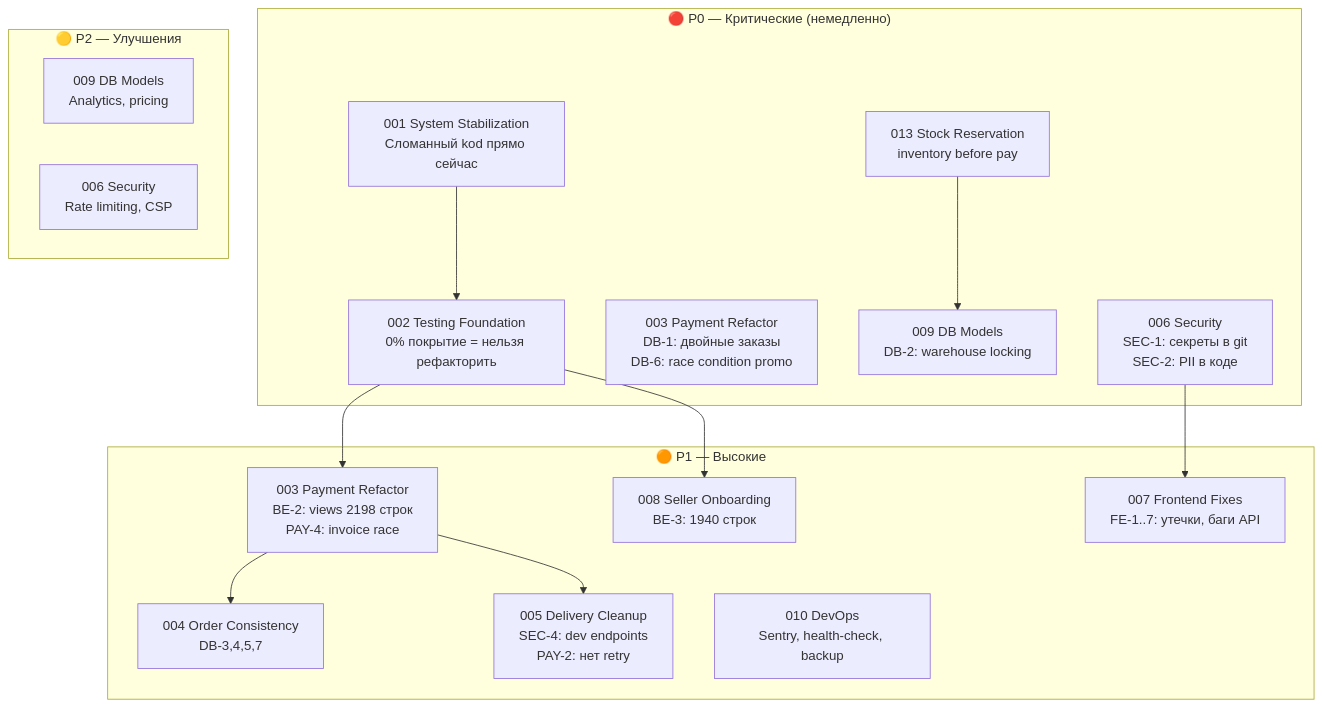
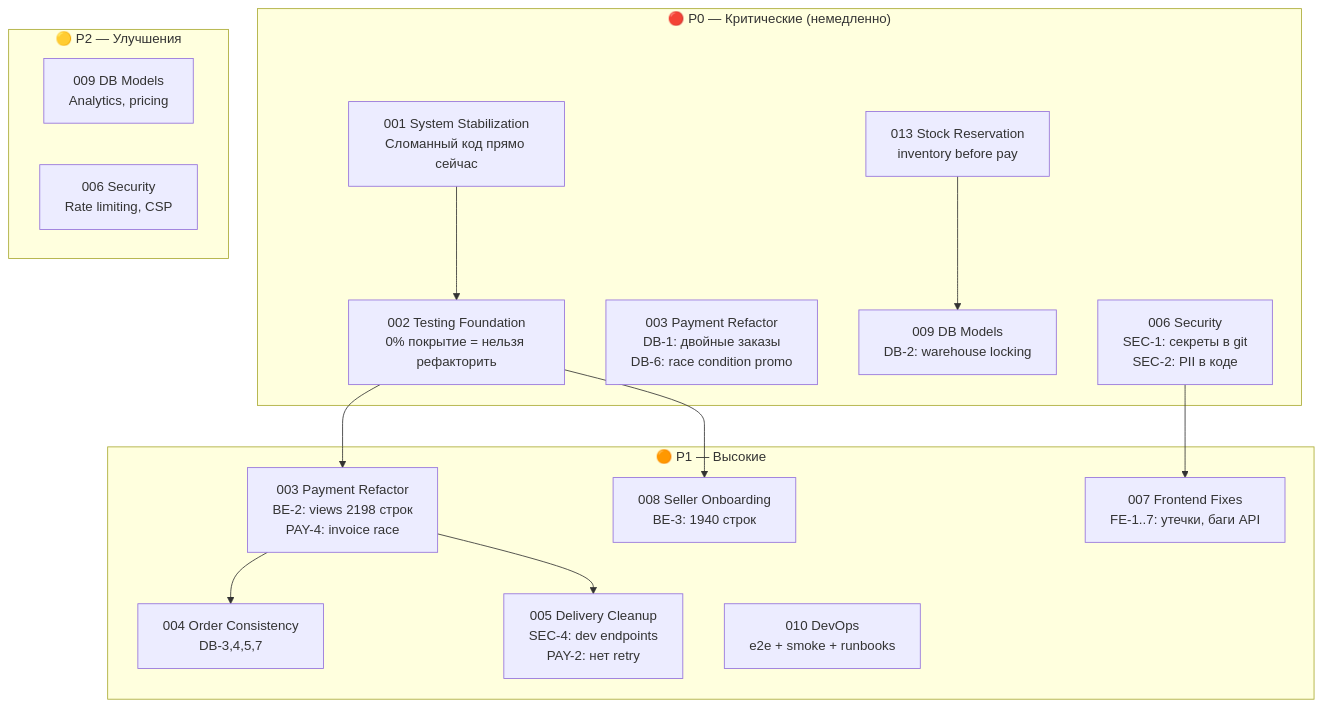
Before and after one commit to pavelchamgl/reli.one: the first of 2 diagrams in docs/tasks/README.md, drawn with Mermaid. The commit also changed other lines of this file and 2 other files, not shown here.

First line of the commit message:
docs: align tasks README with e2e/DevOps/stock audit snapshot

````diff
--- a/docs/tasks/README.md
+++ b/docs/tasks/README.md
@@ -10,33 +65,33 @@
 ```mermaid
 graph TD
     subgraph P0["🔴 P0 — Критические (немедленно)"]
-        T001["001 System Stabilization\nСломанный kod прямо сейчас"]
+        T001["001 System Stabilization\nСломанный код прямо сейчас"]
         T002["002 Testing Foundation\n0% покрытие = нельзя рефакторить"]
         T003P0["003 Payment Refactor\nDB-1: двойные заказы\nDB-6: race condition promo"]
         T009P0["009 DB Models\nDB-2: warehouse locking"]
         T013P0["013 Stock Reservation\ninventory before pay"]
         T006P0["006 Security\nSEC-1: секреты в git\nSEC-2: PII в коде"]
     end
 
     subgraph P1["🟠 P1 — Высокие"]
         T003["003 Payment Refactor\nBE-2: views 2198 строк\nPAY-4: invoice race"]
         T004["004 Order Consistency\nDB-3,4,5,7"]
         T005["005 Delivery Cleanup\nSEC-4: dev endpoints\nPAY-2: нет retry"]
         T007["007 Frontend Fixes\nFE-1..7: утечки, баги API"]
         T008["008 Seller Onboarding\nBE-3: 1940 строк"]
-        T010["010 DevOps\nSentry, health-check, backup"]
+        T010["010 DevOps\ne2e + smoke + runbooks"]
     end
 
     subgraph P2["🟡 P2 — Улучшения"]
         T009["009 DB Models\nAnalytics, pricing"]
         T006P2["006 Security\nRate limiting, CSP"]
     end
 
     T001 --> T002
     T002 --> T003
     T002 --> T008
     T003 --> T004
     T003 --> T005
     T013P0 --> T009P0
     T006P0 --> T007
 ```
````
